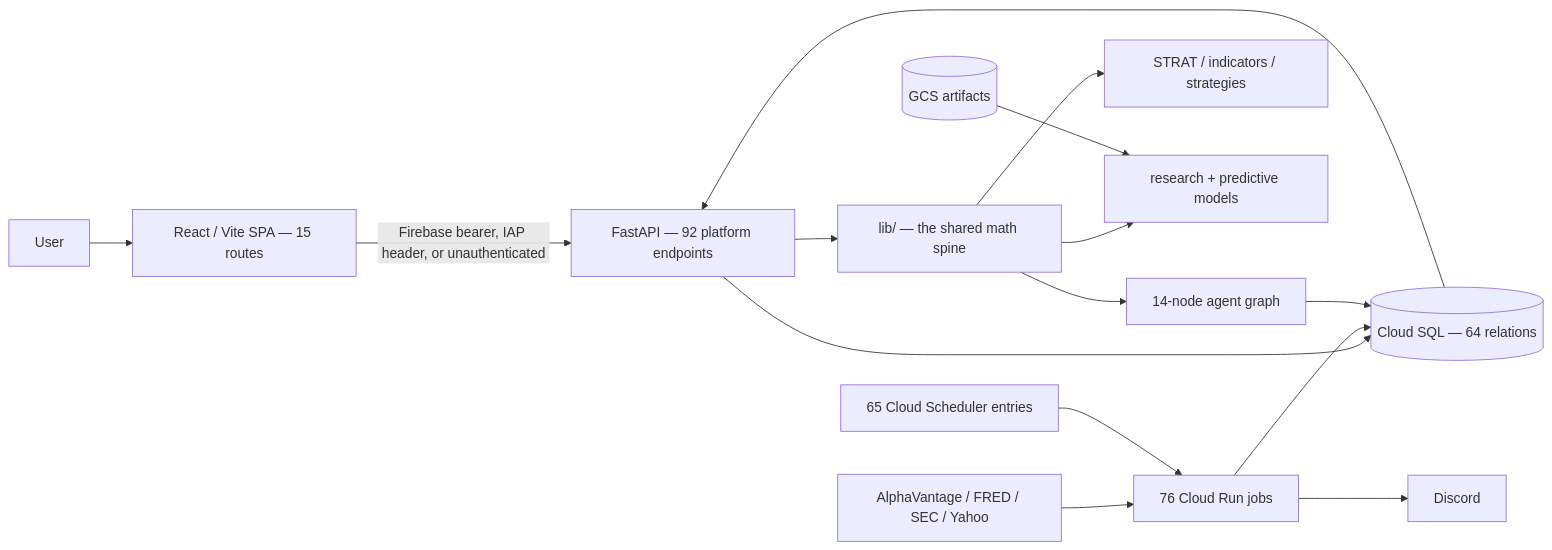
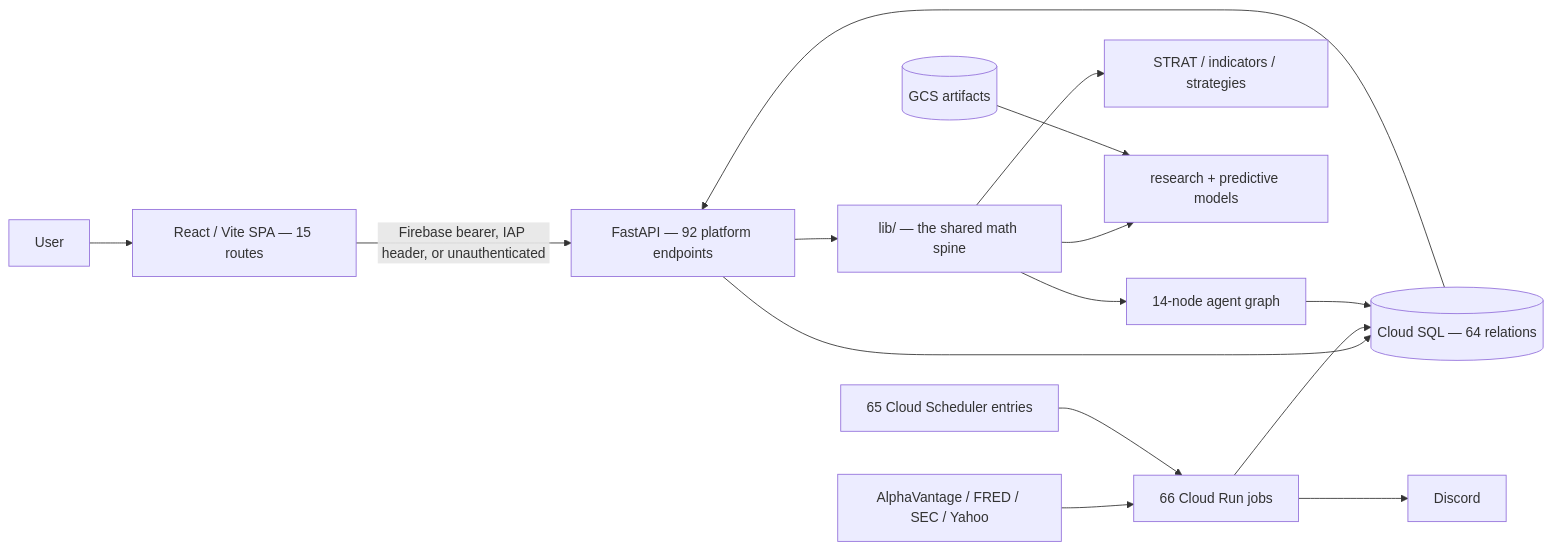
One commit to TeneikaAskew/stocks changed the first of 2 diagrams in docs/product/00-PRODUCT-OVERVIEW.md. Above: the diagram before and after it, drawn with Mermaid. The commit also changed other lines of this file and 9 other files, not shown here.

First line of the commit message:
docs: Cloud Run job count is 66 after the ten hand-made research jobs were deleted

````diff
--- a/docs/product/00-PRODUCT-OVERVIEW.md
+++ b/docs/product/00-PRODUCT-OVERVIEW.md
@@ -39,17 +39,17 @@
 ```mermaid
 flowchart LR
  U[User] --> WEB[React / Vite SPA — 15 routes]
  WEB -->|Firebase bearer, IAP header, or unauthenticated| API[FastAPI — 92 platform endpoints]
  API --> LIB[lib/ — the shared math spine]
  API --> DB[(Cloud SQL — 64 relations)]
- SRC[AlphaVantage / FRED / SEC / Yahoo] --> JOBS[76 Cloud Run jobs]
+ SRC[AlphaVantage / FRED / SEC / Yahoo] --> JOBS[66 Cloud Run jobs]
  SCH[65 Cloud Scheduler entries] --> JOBS
  JOBS --> DB
  LIB --> RULES[STRAT / indicators / strategies]
  LIB --> ML[research + predictive models]
  LIB --> LLM[14-node agent graph]
  LLM --> DB
  JOBS --> DISCORD[Discord]
  DB --> API
  GCS[(GCS artifacts)] --> ML
 ```
````
